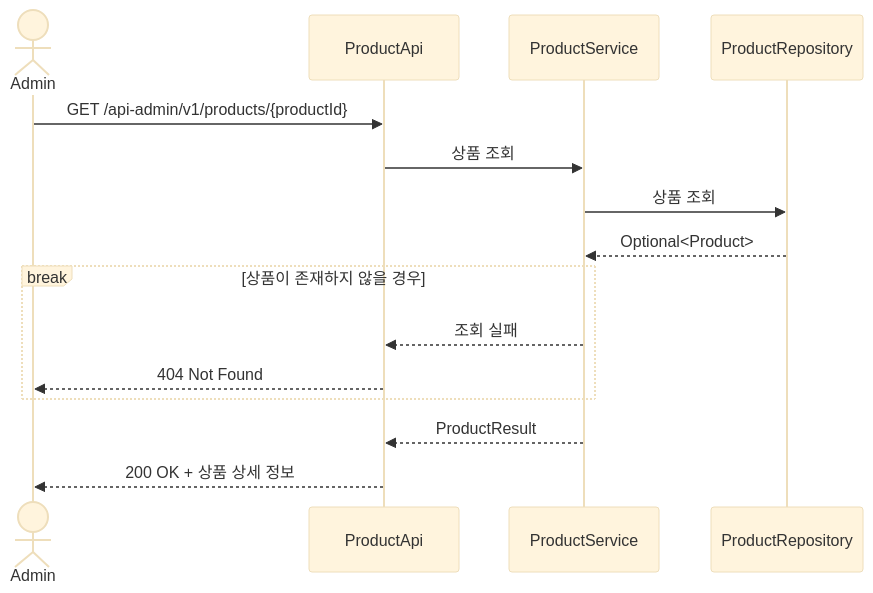
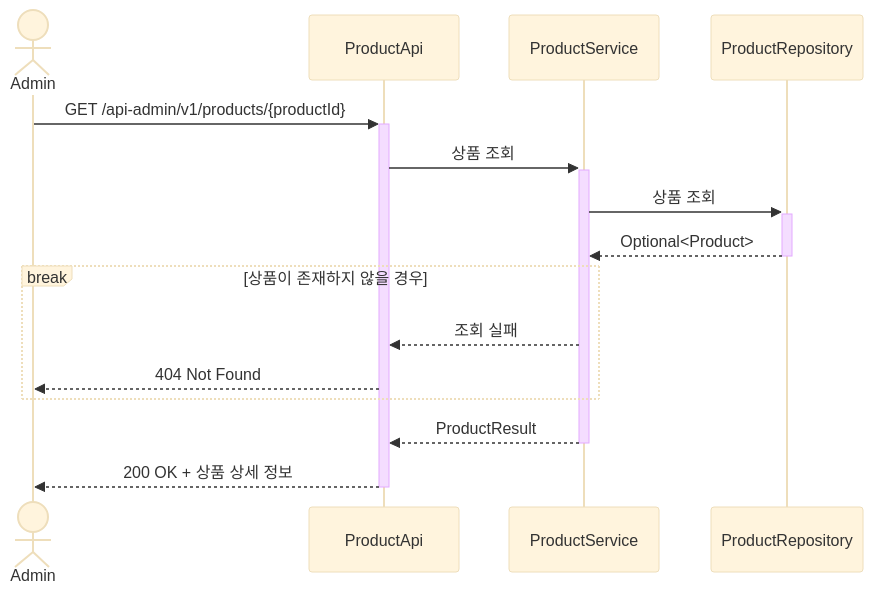
Diagram 11 of 23 in .docs/design/02-sequence-diagrams.md (Loopers-dev-lab/loop-pack-be-l2-vol3-java), drawn with Mermaid (base theme) before and after one commit. The commit also changed other lines of this file, not shown here.

Commit message:
docs: 시퀀스 다이어그램에 액티베이션바 추가

````diff
--- a/.docs/design/02-sequence-diagrams.md
+++ b/.docs/design/02-sequence-diagrams.md
@@ -390,20 +394,20 @@
 ```mermaid
 sequenceDiagram
     actor Admin
     participant ProductApi
     participant ProductService
     participant ProductRepository
 
-    Admin ->> ProductApi: GET /api-admin/v1/products/{productId}
-    ProductApi ->> ProductService: 상품 조회
-    ProductService ->> ProductRepository: 상품 조회
-    ProductRepository -->> ProductService: Optional<Product>
+    Admin ->>+ ProductApi: GET /api-admin/v1/products/{productId}
+    ProductApi ->>+ ProductService: 상품 조회
+    ProductService ->>+ ProductRepository: 상품 조회
+    ProductRepository -->>- ProductService: Optional<Product>
 
     break 상품이 존재하지 않을 경우
         ProductService -->> ProductApi: 조회 실패
         ProductApi -->> Admin: 404 Not Found
     end
 
-    ProductService -->> ProductApi: ProductResult
-    ProductApi -->> Admin: 200 OK + 상품 상세 정보
+    ProductService -->>- ProductApi: ProductResult
+    ProductApi -->>- Admin: 200 OK + 상품 상세 정보
 ```
````
